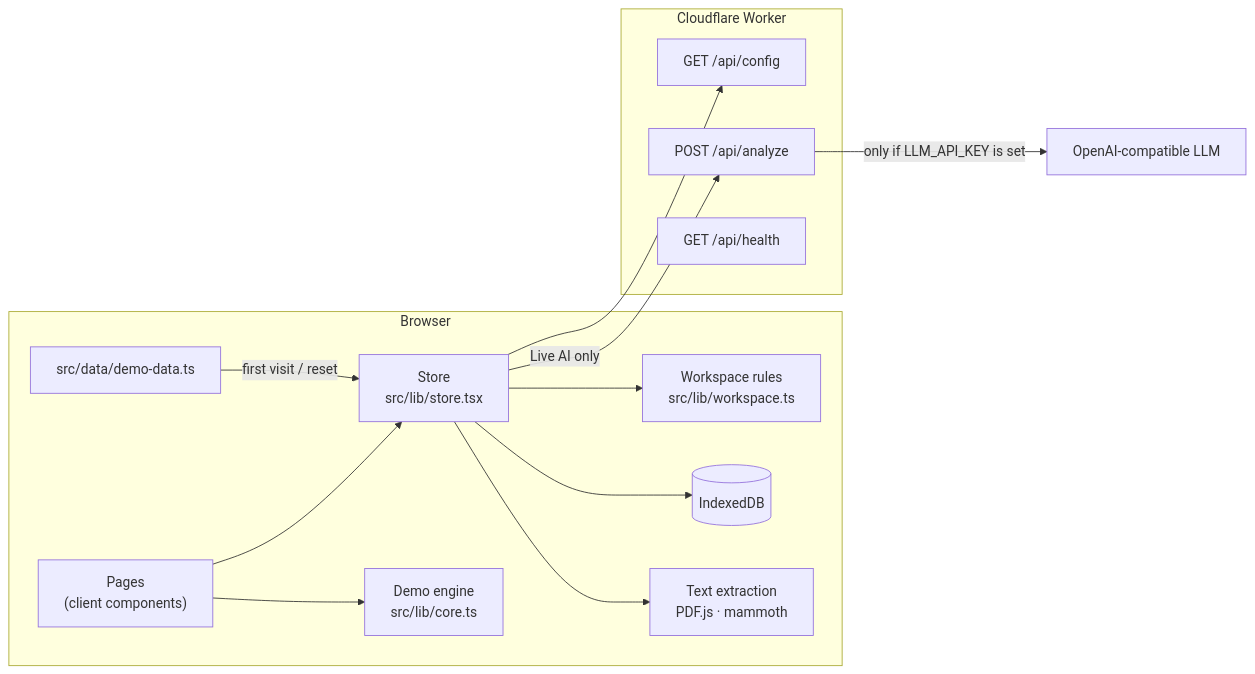
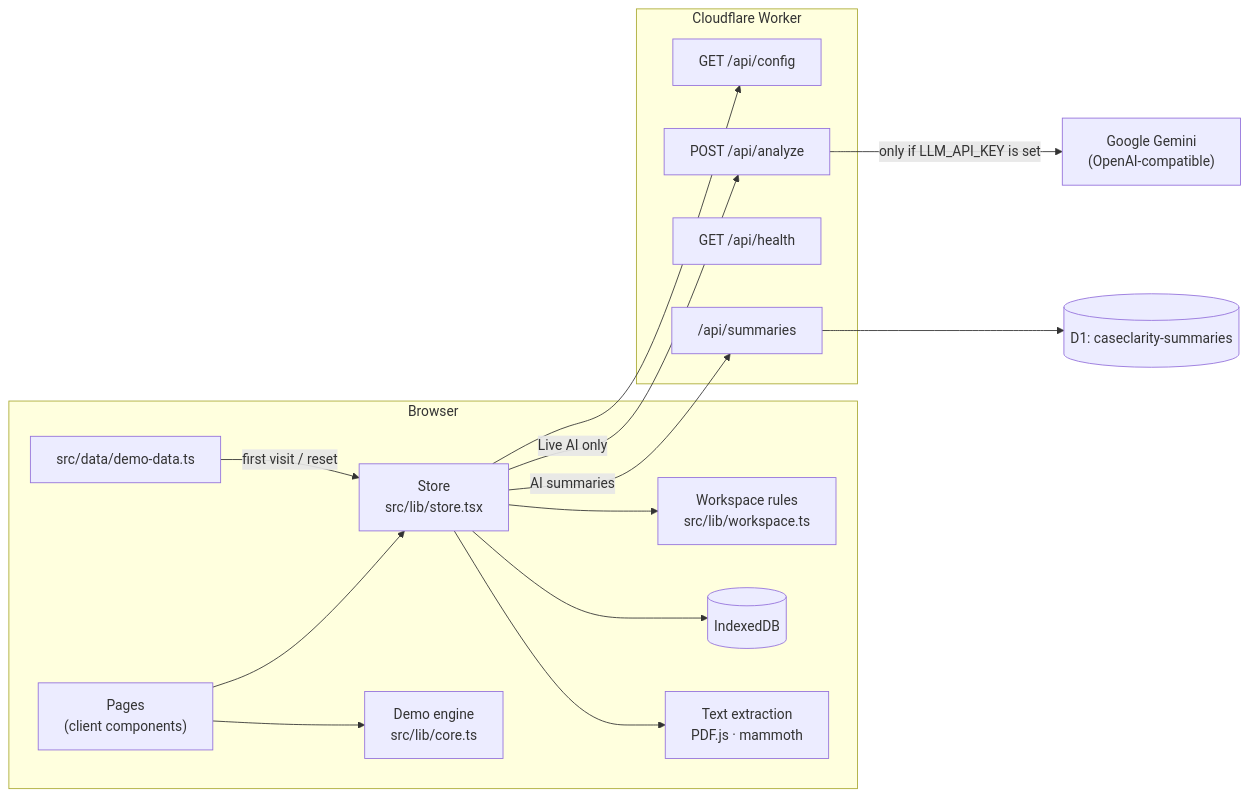
Before and after one commit to eayub006-source/caseclarity-ai: the second of 2 diagrams in README.md, drawn with Mermaid. The commit also changed other lines of this file, not shown here.

First line of the commit message:
Update README for Gemini, auto-deploys, D1 summaries and the new design

````diff
--- a/README.md
+++ b/README.md
@@ -227,19 +246,22 @@
 ```mermaid
 flowchart LR
   subgraph B["Browser"]
     P["Pages<br/>(client components)"] --> S["Store<br/>src/lib/store.tsx"]
     S --> W["Workspace rules<br/>src/lib/workspace.ts"]
     S --> I[("IndexedDB")]
     S --> X["Text extraction<br/>PDF.js · mammoth"]
     P --> E["Demo engine<br/>src/lib/core.ts"]
     D["src/data/demo-data.ts"] -->|"first visit / reset"| S
   end
   subgraph CF["Cloudflare Worker"]
     C["GET /api/config"]
     A["POST /api/analyze"]
     H["GET /api/health"]
+    M["/api/summaries"]
   end
   S --> C
   S -->|"Live AI only"| A
-  A -->|"only if LLM_API_KEY is set"| L["OpenAI-compatible LLM"]
+  S -->|"AI summaries"| M
+  M --> DB[("D1: caseclarity-summaries")]
+  A -->|"only if LLM_API_KEY is set"| L["Google Gemini<br/>(OpenAI-compatible)"]
 ```
````
